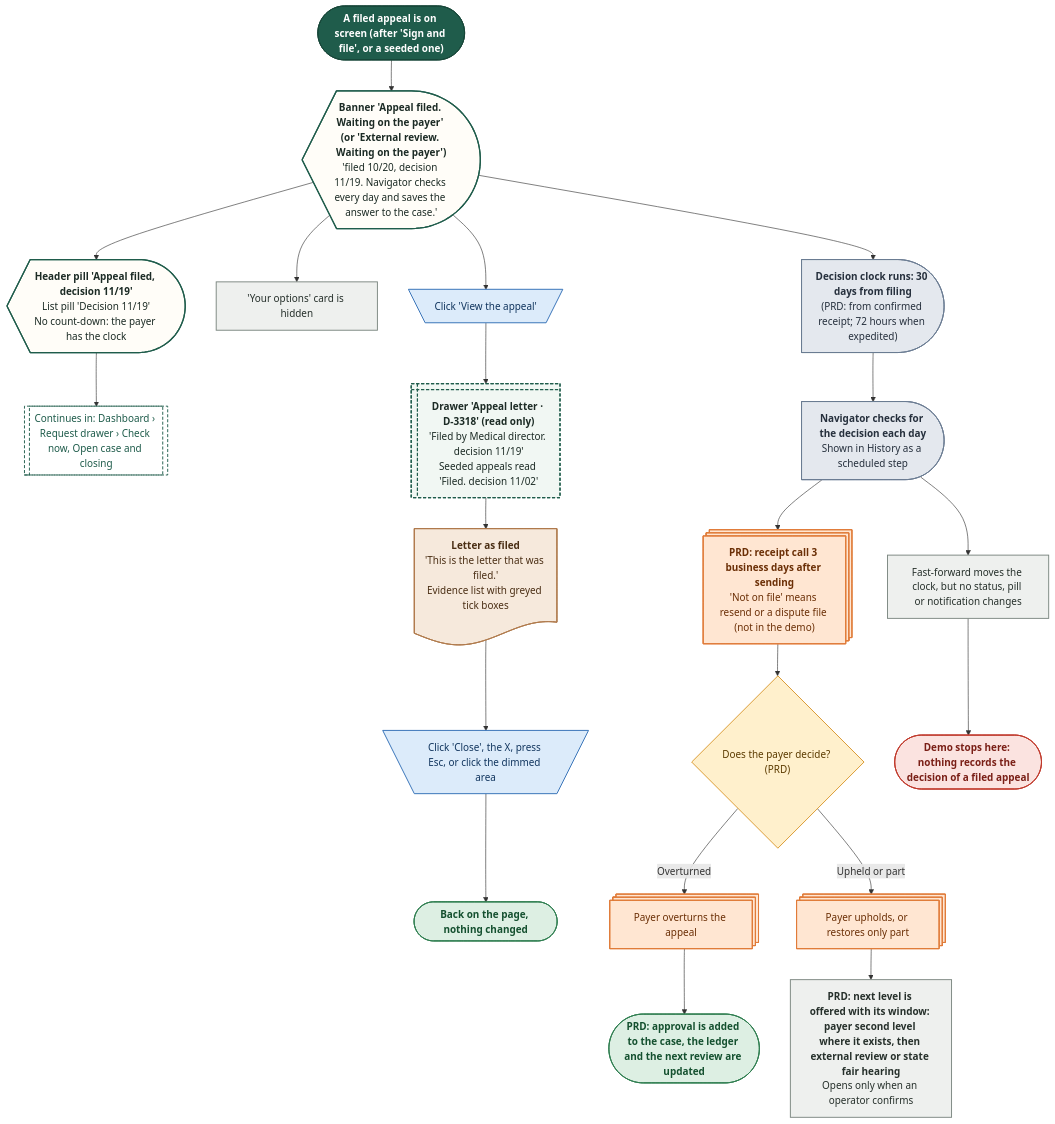
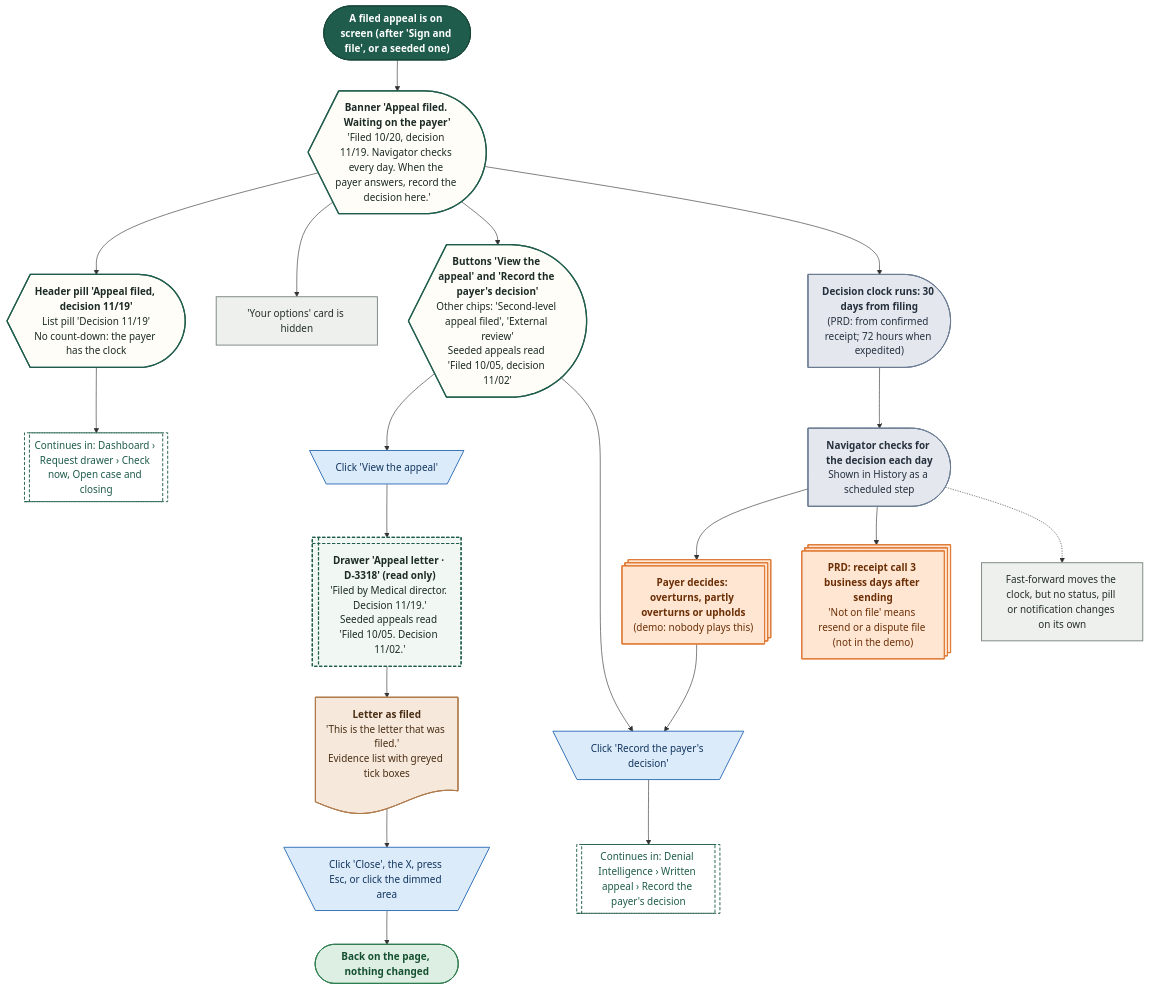
Before and after one commit to Shrav143/psyfloapp: diagram 15 of 20 in demos/prior-auth-demo/workflows/out/md/06-denials.md, drawn with Mermaid. The commit also changed other lines of this file and 195 other files, not shown here.

First line of the commit message:
docs: Rebuild workflow diagrams after the demo fixes (220 diagrams)

````diff
--- a/demos/prior-auth-demo/workflows/out/md/06-denials.md
+++ b/demos/prior-auth-demo/workflows/out/md/06-denials.md
@@ -1054,62 +1149,58 @@
 ```mermaid
 %%{init: {"theme":"base","themeVariables":{"fontFamily":"'DM Sans', 'Segoe UI', system-ui, sans-serif","fontSize":"15px","lineColor":"#5B6B63","primaryTextColor":"#1C2B25","clusterBkg":"#FBF8F3","clusterBorder":"#D9CDBB","edgeLabelBackground":"#FFFFFF"},"flowchart":{"curve":"basis","nodeSpacing":36,"rankSpacing":48,"padding":12,"htmlLabels":true,"useMaxWidth":false,"wrappingWidth":230}} }%%
 flowchart TD
   classDef k_start fill:#1F5C4B,stroke:#174638,color:#FFFFFF,stroke-width:1.5px,font-weight:600
   classDef k_end fill:#DDEFE3,stroke:#2E7D4F,color:#14502F,stroke-width:1.5px,font-weight:600
   classDef k_endx fill:#FBE3E0,stroke:#C0392B,color:#7A1F16,stroke-width:1.5px,font-weight:600
   classDef k_screen fill:#FFFDF8,stroke:#1F5C4B,color:#1C2B25,stroke-width:2px
   classDef k_overlay fill:#F1F7F3,stroke:#1F5C4B,color:#1C2B25,stroke-width:2px,stroke-dasharray:5 3
   classDef k_click fill:#DCEBFA,stroke:#2F6DB5,color:#12365F,stroke-width:1.5px
   classDef k_input fill:#E4E7FF,stroke:#4C5FD5,color:#1D2670,stroke-width:1.5px
   classDef k_process fill:#EEF0EE,stroke:#7A857F,color:#26302B,stroke-width:1.5px
   classDef k_agent fill:#EEE5FA,stroke:#7A4FC2,color:#341A63,stroke-width:1.5px
   classDef k_decision fill:#FFF0CC,stroke:#D9962B,color:#5C3B00,stroke-width:1.5px
   classDef k_store fill:#D5F0EA,stroke:#1C8E7B,color:#0B4A3F,stroke-width:1.5px
   classDef k_doc fill:#F6E9DC,stroke:#B07A4C,color:#4A2E14,stroke-width:1.5px
   classDef k_ext fill:#FFE6D2,stroke:#E07B39,color:#6B2F06,stroke-width:1.5px
   classDef k_wait fill:#E4E8EE,stroke:#6B7C93,color:#26303D,stroke-width:1.5px
   classDef k_toast fill:#FFF9DB,stroke:#C9A400,color:#5A4A00,stroke-width:1.5px
   classDef k_goto fill:#FFFFFF,stroke:#1F5C4B,color:#1F5C4B,stroke-width:1.5px,stroke-dasharray:5 3
   s1@{ shape: stadium, label: "A filed appeal is on screen (after 'Sign and file', or a seeded one)" }
-  b1@{ shape: curv-trap, label: "<b>Banner 'Appeal filed. Waiting on the payer' (or 'External review. Waiting on the payer')</b><br/>'filed 10/20, decision 11/19. Navigator checks every day and saves the answer to the case.'" }
+  b1@{ shape: curv-trap, label: "<b>Banner 'Appeal filed. Waiting on the payer'</b><br/>'Filed 10/20, decision 11/19. Navigator checks every day. When the payer answers, record the decision here.'" }
+  b2@{ shape: curv-trap, label: "<b>Buttons 'View the appeal' and 'Record the payer's decision'</b><br/>Other chips: 'Second-level appeal filed', 'External review'<br/>Seeded appeals read 'Filed 10/05, decision 11/02'" }
   h1@{ shape: curv-trap, label: "<b>Header pill 'Appeal filed, decision 11/19'</b><br/>List pill 'Decision 11/19'<br/>No count-down: the payer has the clock" }
   p0@{ shape: rect, label: "'Your options' card is hidden" }
   c1@{ shape: trap-t, label: "Click 'View the appeal'" }
-  o1@{ shape: win-pane, label: "<b>Drawer 'Appeal letter · D-3318' (read only)</b><br/>'Filed by Medical director. decision 11/19'<br/>Seeded appeals read 'Filed. decision 11/02'" }
+  o1@{ shape: win-pane, label: "<b>Drawer 'Appeal letter · D-3318' (read only)</b><br/>'Filed by Medical director. Decision 11/19.'<br/>Seeded appeals read 'Filed 10/05. Decision 11/02.'" }
   dc1@{ shape: doc, label: "<b>Letter as filed</b><br/>'This is the letter that was filed.'<br/>Evidence list with greyed tick boxes" }
   c2@{ shape: trap-t, label: "Click 'Close', the X, press Esc, or click the dimmed area" }
   w1@{ shape: delay, label: "<b>Decision clock runs: 30 days from filing</b><br/>(PRD: from confirmed receipt; 72 hours when expedited)" }
   w2@{ shape: delay, label: "<b>Navigator checks for the decision each day</b><br/>Shown in History as a scheduled step" }
   x1@{ shape: st-rect, label: "<b>PRD: receipt call 3 business days after sending</b><br/>'Not on file' means resend or a dispute file (not in the demo)" }
-  p1@{ shape: rect, label: "Fast-forward moves the clock, but no status, pill or notification changes" }
-  d1@{ shape: diam, label: "Does the payer decide? (PRD)" }
-  x2@{ shape: st-rect, label: "Payer overturns the appeal" }
-  x3@{ shape: st-rect, label: "Payer upholds, or restores only part" }
-  e1@{ shape: stadium, label: "PRD: approval is added to the case, the ledger and the next review are updated" }
-  p2@{ shape: rect, label: "<b>PRD: next level is offered with its window: payer second level where it exists, then external review or state fair hearing</b><br/>Opens only when an operator confirms" }
-  e2@{ shape: stadium, label: "Demo stops here: nothing records the decision of a filed appeal" }
+  p1@{ shape: rect, label: "Fast-forward moves the clock, but no status, pill or notification changes on its own" }
+  x2@{ shape: st-rect, label: "<b>Payer decides: overturns, partly overturns or upholds</b><br/>(demo: nobody plays this)" }
+  c3@{ shape: trap-t, label: "Click 'Record the payer's decision'" }
   e3@{ shape: stadium, label: "Back on the page, nothing changed" }
   g1@{ shape: subproc, label: "Continues in: Dashboard › Request drawer › Check now, Open case and closing" }
+  g2@{ shape: subproc, label: "Continues in: Denial Intelligence › Written appeal › Record the payer's decision" }
   s1 --> b1 --> h1
   b1 --> p0
-  b1 --> c1 --> o1 --> dc1 --> c2
-  c2 --> e3
-  b1 --> w1 --> w2
-  w2 --> x1 --> d1
-  w2 --> p1 --> e2
-  d1 -->|"Overturned"| x2 --> e1
-  d1 -->|"Upheld or part"| x3 --> p2
+  b1 --> b2
+  b2 --> c1 --> o1 --> dc1 --> c2 --> e3
+  b1 --> w1 --> w2 --> x2
+  w2 --> x1
+  w2 -.-> p1
+  x2 --> c3
+  b2 --> c3 --> g2
   h1 --> g1
   class s1 k_start
-  class b1,h1 k_screen
-  class p0,p1,p2 k_process
-  class c1,c2 k_click
+  class b1,b2,h1 k_screen
+  class p0,p1 k_process
+  class c1,c2,c3 k_click
   class o1 k_overlay
   class dc1 k_doc
   class w1,w2 k_wait
-  class x1,x2,x3 k_ext
-  class d1 k_decision
-  class e1,e3 k_end
-  class e2 k_endx
-  class g1 k_goto
+  class x1,x2 k_ext
+  class e3 k_end
+  class g1,g2 k_goto
 ```
````
